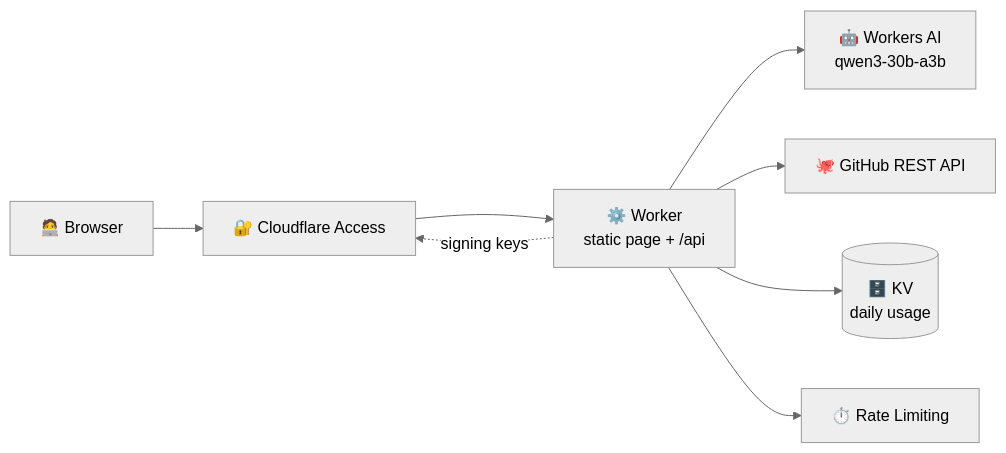
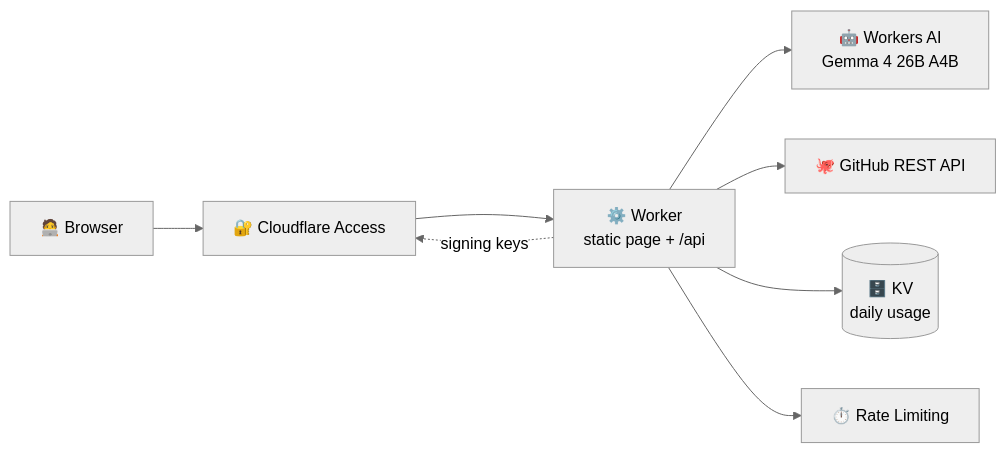
Before and after one commit to Isma-L154/issue-drafter: the diagram in README.md, drawn with Mermaid (neutral theme). The commit also changed other lines of this file and 3 other files, not shown here.

````diff
--- a/README.md
+++ b/README.md
@@ -42,10 +42,10 @@
 ```mermaid
 flowchart LR
     B["🧑‍💻 Browser"] --> A["🔐 Cloudflare Access"]
     A --> W["⚙️ Worker<br/>static page + /api"]
-    W --> AI["🤖 Workers AI<br/>qwen3-30b-a3b"]
+    W --> AI["🤖 Workers AI<br/>Gemma 4 26B A4B"]
     W --> G["🐙 GitHub REST API"]
     W --> K[("🗄️ KV<br/>daily usage")]
     W --> R["⏱️ Rate Limiting"]
     W -. "signing keys" .-> A
 ```
````
